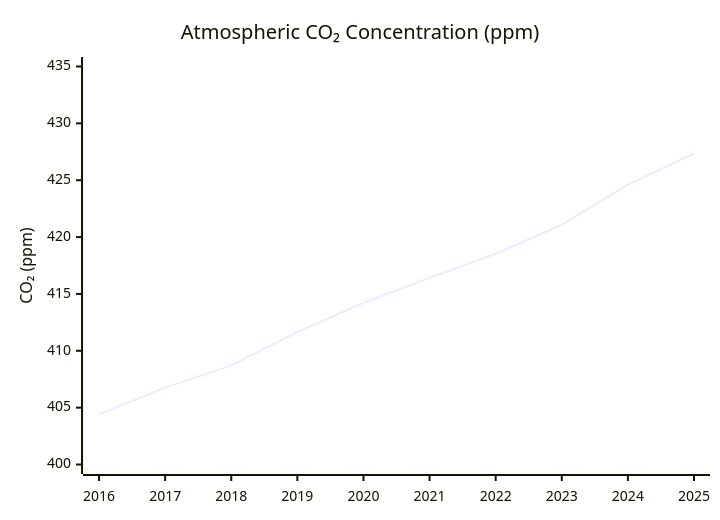
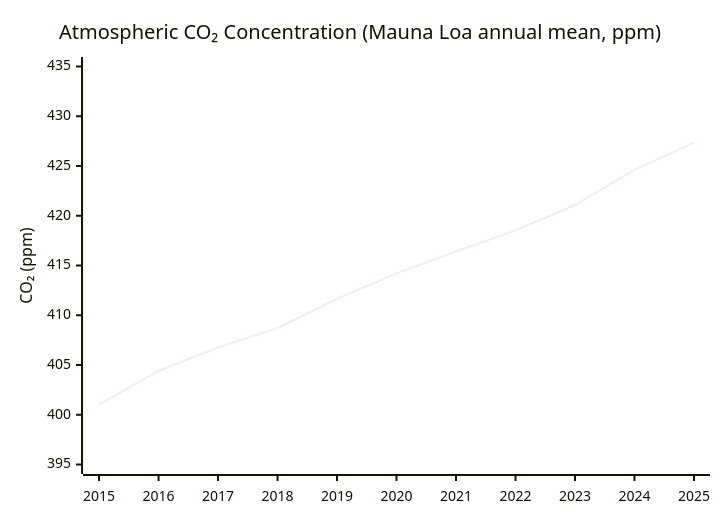
The first of 3 diagrams in pilot-26H1/climate.md (pasky/grand-endeavors), drawn with Mermaid before and after one commit. The commit also changed other lines of this file, not shown here.

````diff
--- a/pilot-26H1/climate.md
+++ b/pilot-26H1/climate.md
@@ -32,7 +37,7 @@
 ```mermaid
 xychart-beta
-    title "Atmospheric CO₂ Concentration (ppm)"
-    x-axis [2016, 2017, 2018, 2019, 2020, 2021, 2022, 2023, 2024, 2025]
-    y-axis "CO₂ (ppm)" 400 --> 435
-    line [404.41, 406.76, 408.72, 411.65, 414.21, 416.41, 418.53, 421.08, 424.61, 427.35]
+    title "Atmospheric CO₂ Concentration (Mauna Loa annual mean, ppm)"
+    x-axis [2015, 2016, 2017, 2018, 2019, 2020, 2021, 2022, 2023, 2024, 2025]
+    y-axis "CO₂ (ppm)" 395 --> 435
+    line [401.01, 404.41, 406.76, 408.72, 411.65, 414.21, 416.41, 418.53, 421.08, 424.61, 427.35]
 ```
````
